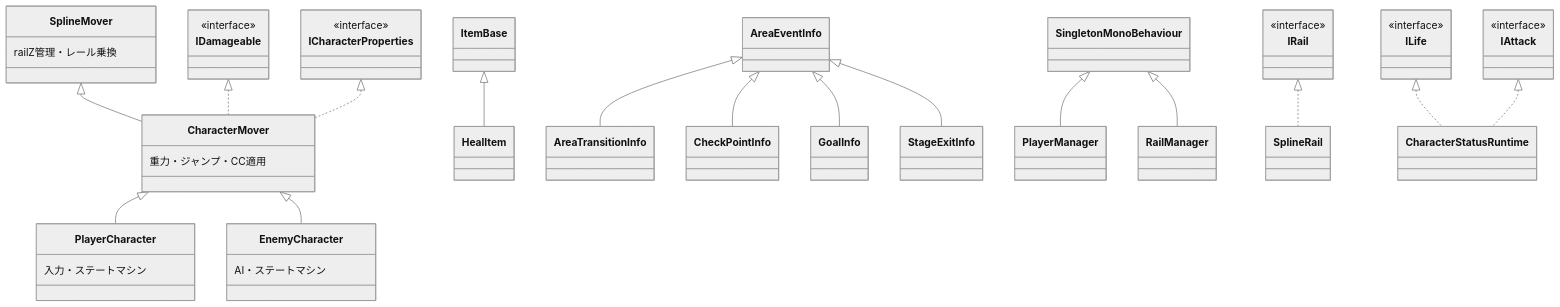
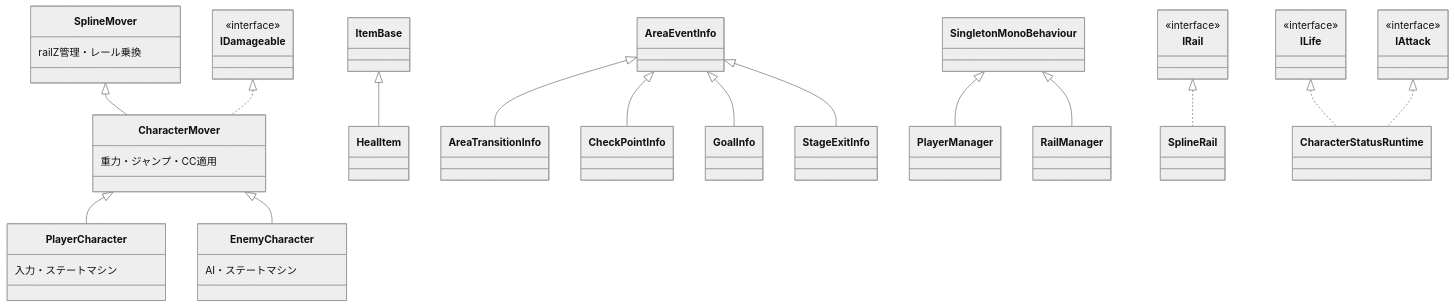
Before and after one commit to kuroichen/3DSide: the second of 2 diagrams in Docs/knowledge/クラス相関図.md, drawn with Mermaid (neutral theme). The commit also changed 6 other files, not shown here.

````diff
--- a/Docs/knowledge/クラス相関図.md
+++ b/Docs/knowledge/クラス相関図.md
@@ -96,30 +96,28 @@
 ```mermaid
 classDiagram
     SplineMover <|-- CharacterMover
     CharacterMover <|-- PlayerCharacter
     CharacterMover <|-- EnemyCharacter
     ItemBase <|-- HealItem
     AreaEventInfo <|-- AreaTransitionInfo
     AreaEventInfo <|-- CheckPointInfo
     AreaEventInfo <|-- GoalInfo
     AreaEventInfo <|-- StageExitInfo
     SingletonMonoBehaviour <|-- PlayerManager
     SingletonMonoBehaviour <|-- RailManager
 
     class IRail { <<interface>> }
     class IDamageable { <<interface>> }
     class ILife { <<interface>> }
     class IAttack { <<interface>> }
-    class ICharacterProperties { <<interface>> }
 
     IRail <|.. SplineRail
     IDamageable <|.. CharacterMover
-    ICharacterProperties <|.. CharacterMover
     ILife <|.. CharacterStatusRuntime
     IAttack <|.. CharacterStatusRuntime
 
     class SplineMover { railZ管理・レール乗換 }
     class CharacterMover { 重力・ジャンプ・CC適用 }
     class PlayerCharacter { 入力・ステートマシン }
     class EnemyCharacter { AI・ステートマシン }
 ```
````
